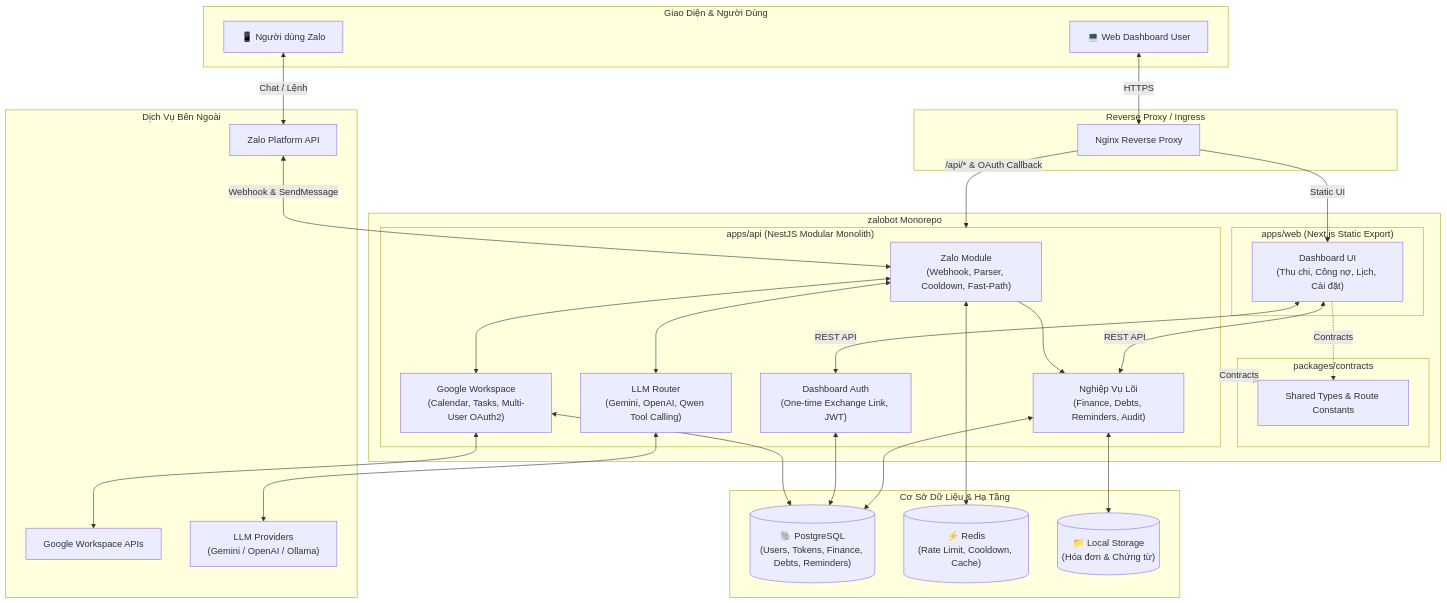
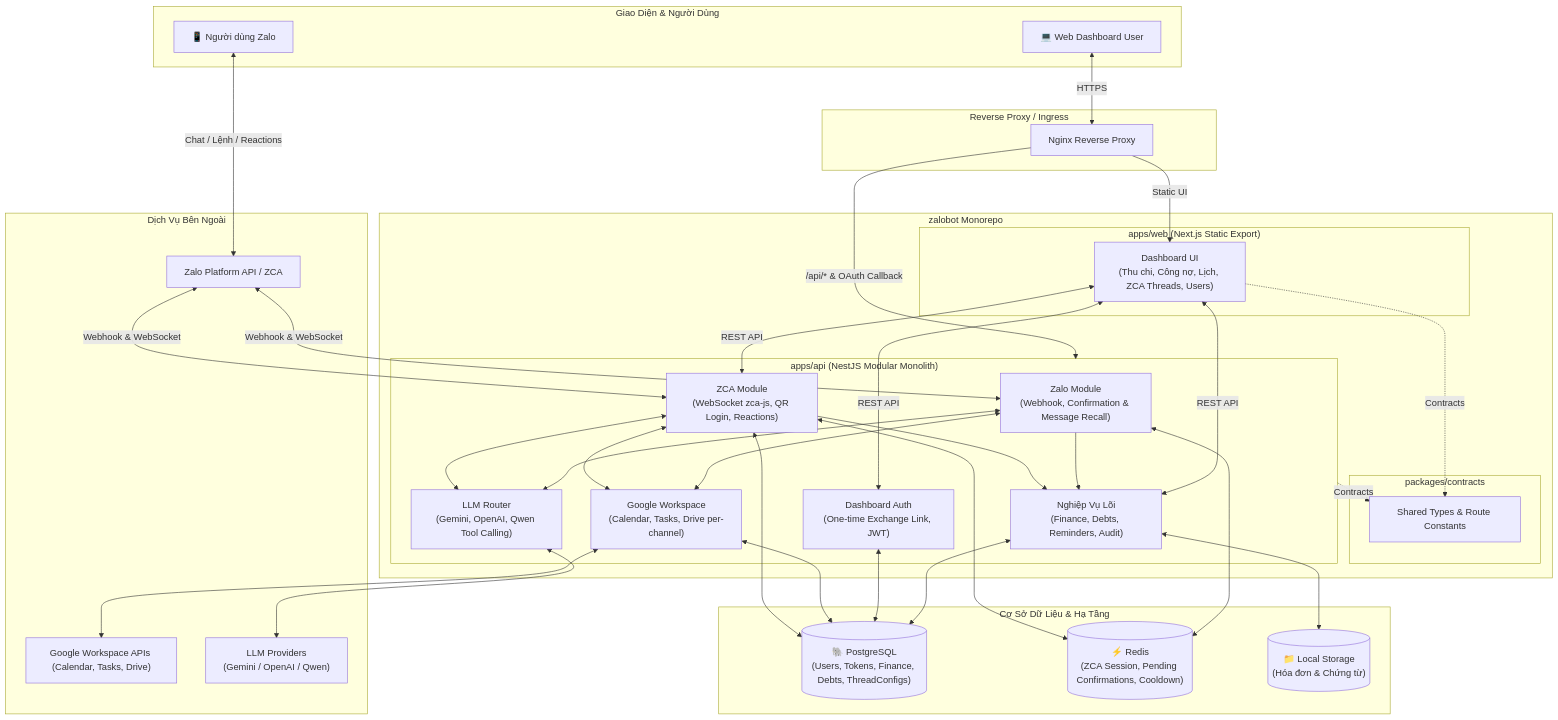
Before and after one commit to dat-dv/zalo-bot: the diagram in README.md, drawn with Mermaid. The commit also changed other lines of this file and 23 other files, not shown here.

````diff
--- a/README.md
+++ b/README.md
@@ -9,69 +9,71 @@
 ```mermaid
 flowchart TB
     subgraph Clients["Giao Diện & Người Dùng"]
         ZUser["📱 Người dùng Zalo"]
         WUser["💻 Web Dashboard User"]
     end
 
     subgraph Gateway["Reverse Proxy / Ingress"]
         RP["Nginx Reverse Proxy"]
     end
 
     subgraph Monorepo["zalobot Monorepo"]
         subgraph Web["apps/web (Next.js Static Export)"]
-            Dashboard["Dashboard UI\n(Thu chi, Công nợ, Lịch, Cài đặt)"]
+            Dashboard["Dashboard UI\n(Thu chi, Công nợ, Lịch, ZCA Threads, Users)"]
         end
 
         subgraph Contracts["packages/contracts"]
             Shared["Shared Types & Route Constants"]
         end
 
         subgraph API["apps/api (NestJS Modular Monolith)"]
-            ZaloMod["Zalo Module\n(Webhook, Parser, Cooldown, Fast-Path)"]
+            ZaloMod["Zalo Module\n(Webhook, Confirmation & Message Recall)"]
+            ZcaMod["ZCA Module\n(WebSocket zca-js, QR Login, Reactions)"]
             AuthMod["Dashboard Auth\n(One-time Exchange Link, JWT)"]
             BizMod["Nghiệp Vụ Lõi\n(Finance, Debts, Reminders, Audit)"]
             LLMMod["LLM Router\n(Gemini, OpenAI, Qwen Tool Calling)"]
-            GoogleMod["Google Workspace\n(Calendar, Tasks, Multi-User OAuth2)"]
+            GoogleMod["Google Workspace\n(Calendar, Tasks, Drive per-channel)"]
         end
     end
 
     subgraph Storage["Cơ Sở Dữ Liệu & Hạ Tầng"]
-        PG[("🐘 PostgreSQL\n(Users, Tokens, Finance, Debts, Reminders)")]
-        Redis[("⚡ Redis\n(Rate Limit, Cooldown, Cache)")]
+        PG[("🐘 PostgreSQL\n(Users, Tokens, Finance, Debts, ThreadConfigs)")]
+        Redis[("⚡ Redis\n(ZCA Session, Pending Confirmations, Cooldown)")]
         ReceiptStore[("📁 Local Storage\n(Hóa đơn & Chứng từ)")]
     end
 
     subgraph External["Dịch Vụ Bên Ngoài"]
-        ZaloAPI["Zalo Platform API"]
-        GoogleAPI["Google Workspace APIs"]
-        LLMAPI["LLM Providers\n(Gemini / OpenAI / Ollama)"]
+        ZaloAPI["Zalo Platform API / ZCA"]
+        GoogleAPI["Google Workspace APIs (Calendar, Tasks, Drive)"]
+        LLMAPI["LLM Providers\n(Gemini / OpenAI / Qwen)"]
     end
 
     %% Client flows
-    ZUser <-->|"Chat / Lệnh"| ZaloAPI
-    ZaloAPI <-->|"Webhook & SendMessage"| ZaloMod
+    ZUser <-->|"Chat / Lệnh / Reactions"| ZaloAPI
+    ZaloAPI <-->|"Webhook & WebSocket"| ZaloMod & ZcaMod
     WUser <-->|"HTTPS"| RP
 
     %% Proxy routing
     RP -->|"Static UI"| Dashboard
     RP -->|"/api/* & OAuth Callback"| API
 
     %% Internal shared
     Dashboard -.->|"Contracts"| Shared
     API -.->|"Contracts"| Shared
-    Dashboard <-->|"REST API"| AuthMod & BizMod
+    Dashboard <-->|"REST API"| AuthMod & BizMod & ZcaMod
 
     %% Backend processing
-    ZaloMod --> BizMod
-    ZaloMod <--> LLMMod
-    ZaloMod <--> GoogleMod
+    ZaloMod & ZcaMod --> BizMod
+    ZaloMod & ZcaMod <--> LLMMod
+    ZaloMod & ZcaMod <--> GoogleMod
     LLMMod <--> LLMAPI
     GoogleMod <--> GoogleAPI
 
     %% Storage mapping
     BizMod <--> PG
     AuthMod <--> PG
     GoogleMod <--> PG
-    ZaloMod <--> Redis
+    ZcaMod <--> PG
+    ZaloMod & ZcaMod <--> Redis
     BizMod <--> ReceiptStore
 ```
````
